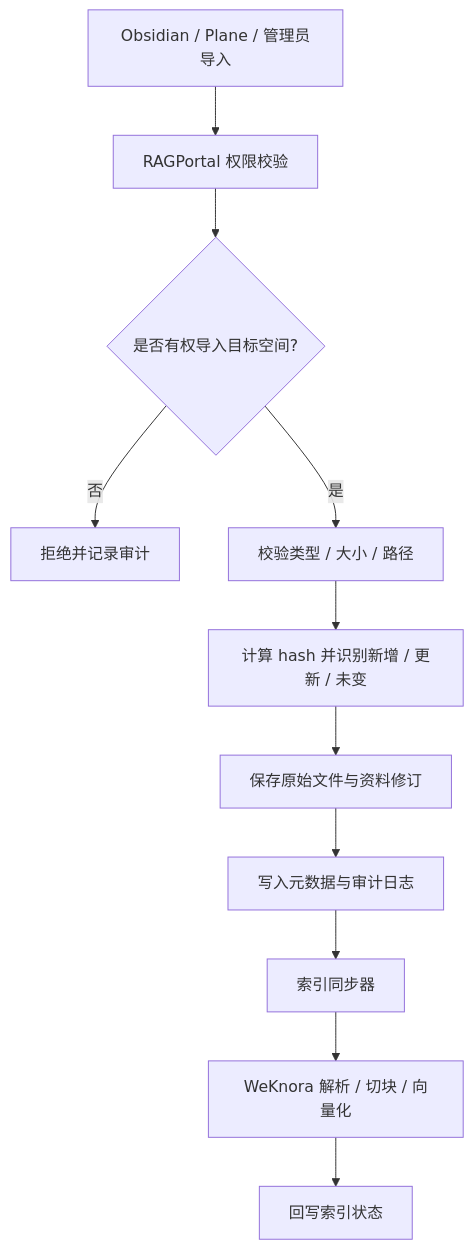
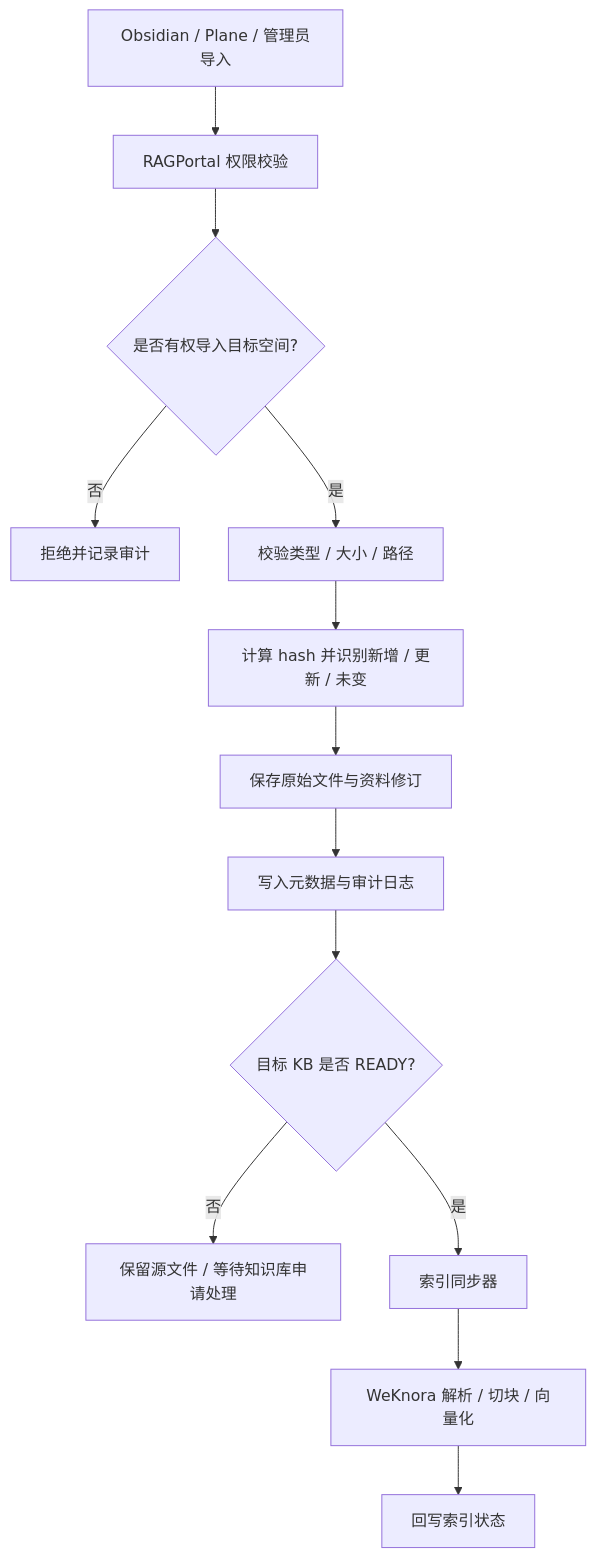
The second of 4 diagrams in docs/specs/2026-09-24-pi-private-knowledge-space-prd.md (SynlysAI/RAGPortal), drawn with Mermaid before and after one commit. The commit also changed other lines of this file, not shown here.

````diff
--- a/docs/specs/2026-09-24-pi-private-knowledge-space-prd.md
+++ b/docs/specs/2026-09-24-pi-private-knowledge-space-prd.md
@@ -382,13 +422,15 @@
 ```mermaid
 flowchart TD
     A[Obsidian / Plane / 管理员导入] --> B[RAGPortal 权限校验]
     B --> C{是否有权导入目标空间?}
     C -- 否 --> D[拒绝并记录审计]
     C -- 是 --> E[校验类型 / 大小 / 路径]
     E --> F[计算 hash 并识别新增 / 更新 / 未变]
     F --> G[保存原始文件与资料修订]
     G --> H[写入元数据与审计日志]
-    H --> I[索引同步器]
-    I --> J[WeKnora 解析 / 切块 / 向量化]
-    J --> K[回写索引状态]
+    H --> I{目标 KB 是否 READY?}
+    I -- 否 --> L[保留源文件 / 等待知识库申请处理]
+    I -- 是 --> J[索引同步器]
+    J --> K[WeKnora 解析 / 切块 / 向量化]
+    K --> M[回写索引状态]
 ```
````
